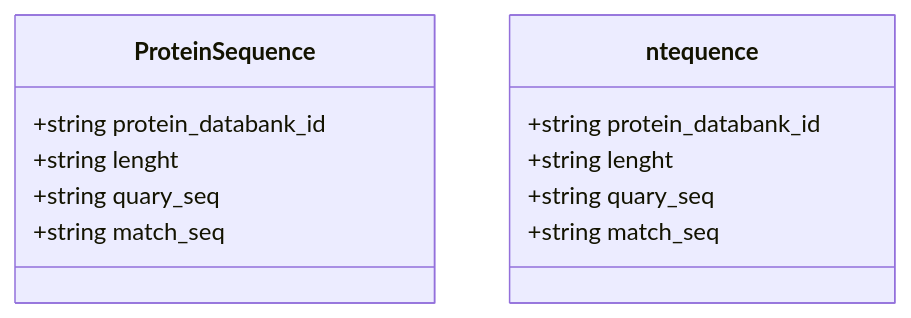
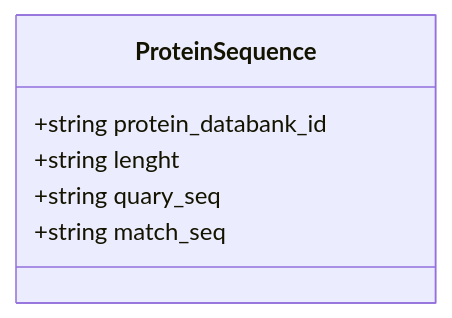
Before and after one commit to maxim945/Database-present: the diagram in PyEEDpresentation/schemes/PyEED Data Model.md, drawn with Mermaid. The commit also changed 3 other files, not shown here.

````diff
--- a/PyEEDpresentation/schemes/PyEED Data Model.md
+++ b/PyEEDpresentation/schemes/PyEED Data Model.md
@@ -1,18 +1,11 @@
 ```mermaid
 classDiagram
     
     class ProteinSequence {
         +string protein_databank_id
         +string lenght
         +string quary_seq
         +string match_seq
     }
     
-    class ntequence {
-        +string protein_databank_id
-        +string lenght
-        +string quary_seq
-        +string match_seq
-    }
-    
 ```
````
